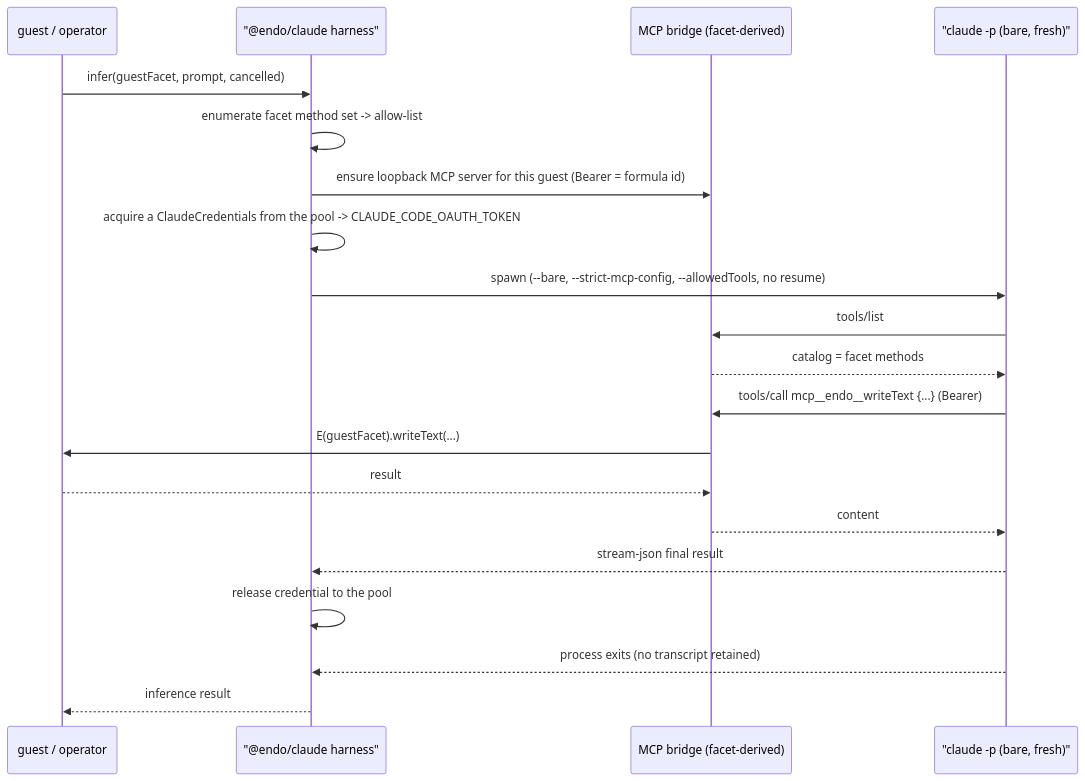
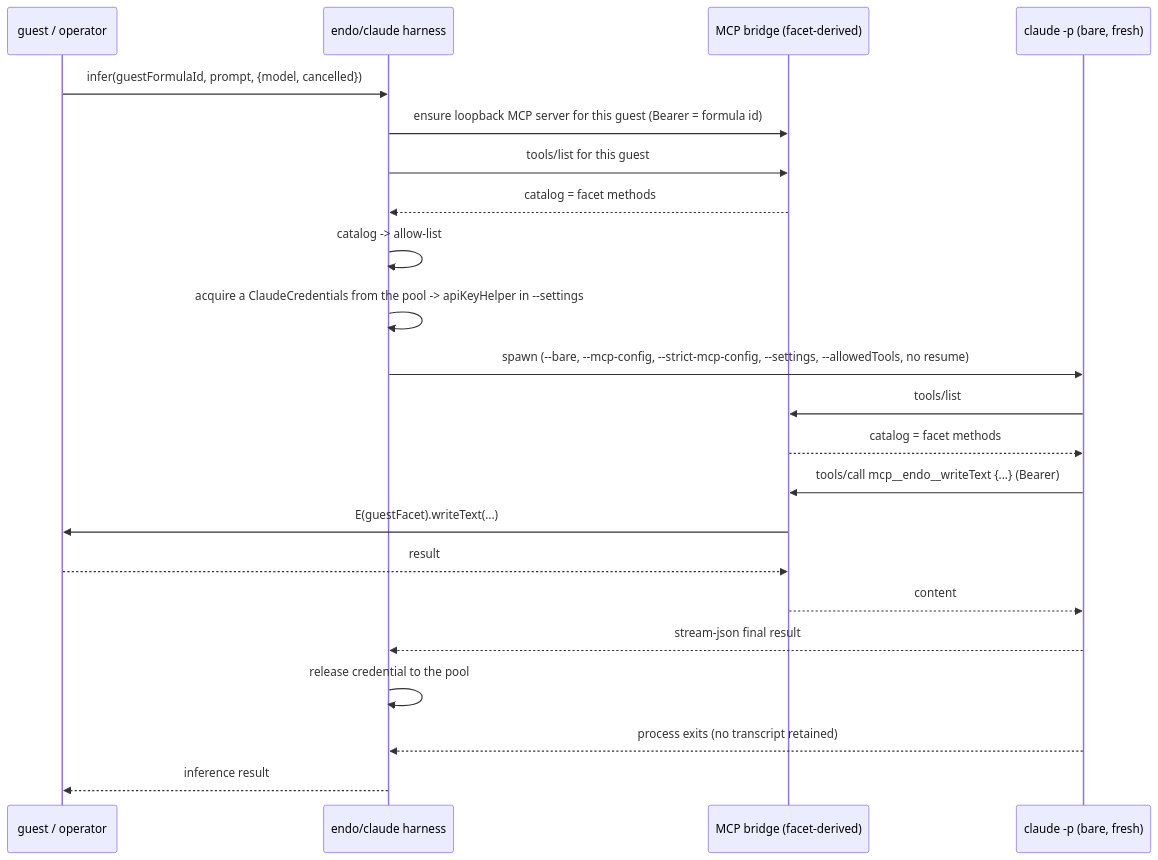
The second of 2 diagrams in designs/endo-claude.md (endojs/endo-but-for-bots), drawn with Mermaid before and after one commit. The commit also changed other lines of this file and 1 other file, not shown here.

First line of the commit message:
design(endo-claude): apply panel round-1 must-fixes

````diff
--- a/designs/endo-claude.md
+++ b/designs/endo-claude.md
@@ -231,22 +248,24 @@
 ```mermaid
 sequenceDiagram
   participant G as guest / operator
-  participant H as "@endo/claude harness"
+  participant H as endo/claude harness
   participant M as MCP bridge (facet-derived)
-  participant P as "claude -p (bare, fresh)"
-  G->>H: infer(guestFacet, prompt, cancelled)
-  H->>H: enumerate facet method set -> allow-list
+  participant P as claude -p (bare, fresh)
+  G->>H: infer(guestFormulaId, prompt, {model, cancelled})
   H->>M: ensure loopback MCP server for this guest (Bearer = formula id)
-  H->>H: acquire a ClaudeCredentials from the pool -> CLAUDE_CODE_OAUTH_TOKEN
-  H->>P: spawn (--bare, --strict-mcp-config, --allowedTools, no resume)
+  H->>M: tools/list for this guest
+  M-->>H: catalog = facet methods
+  H->>H: catalog -> allow-list
+  H->>H: acquire a ClaudeCredentials from the pool -> apiKeyHelper in --settings
+  H->>P: spawn (--bare, --mcp-config, --strict-mcp-config, --settings, --allowedTools, no resume)
   P->>M: tools/list
   M-->>P: catalog = facet methods
   P->>M: tools/call mcp__endo__writeText {...} (Bearer)
   M->>G: E(guestFacet).writeText(...)
   G-->>M: result
   M-->>P: content
   P-->>H: stream-json final result
   H->>H: release credential to the pool
   P-->>H: process exits (no transcript retained)
   H-->>G: inference result
 ```
````
